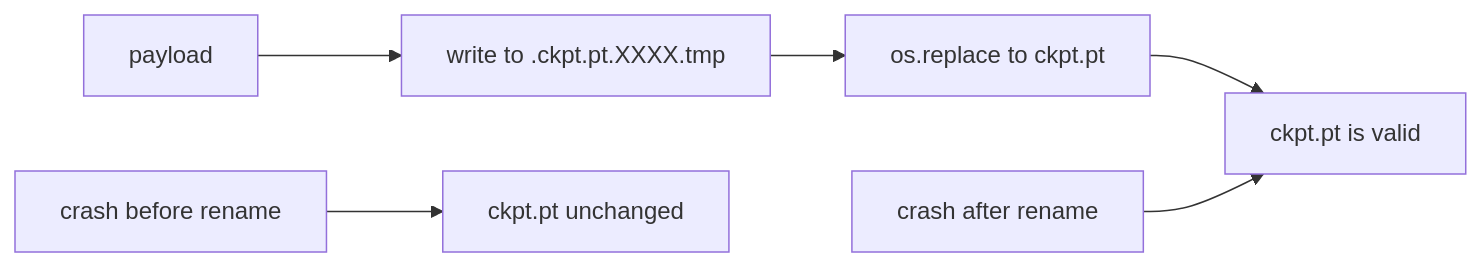
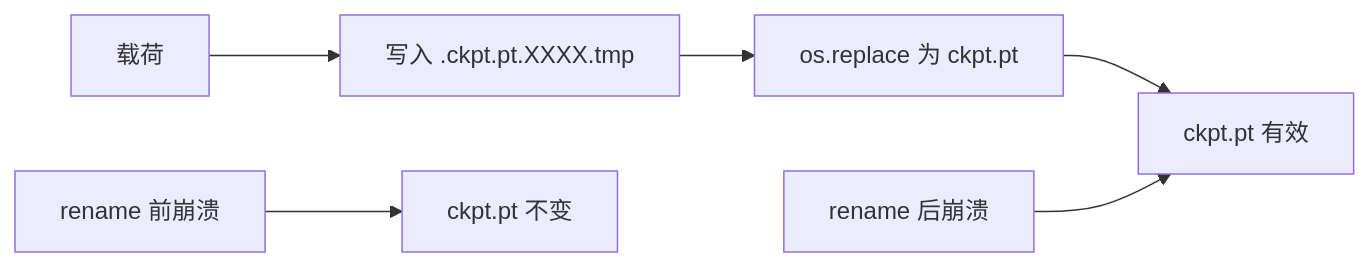
The second of 3 diagrams in phases/19-capstone-projects/47-checkpoint-save-resume/docs/zh.md (JerryC8080/ai-engineering-from-scratch-zh), drawn with Mermaid before and after one commit. The commit also changed other lines of this file and 156 other files, not shown here.

First line of the commit message:
i18n(zh): translate mermaid diagram labels in 157 lesson zh.md

````diff
--- a/phases/19-capstone-projects/47-checkpoint-save-resume/docs/zh.md
+++ b/phases/19-capstone-projects/47-checkpoint-save-resume/docs/zh.md
@@ -52,8 +52,8 @@
 ```mermaid
 flowchart LR
-  payload[payload] --> tmpf[write to .ckpt.pt.XXXX.tmp]
-  tmpf --> rename[os.replace to ckpt.pt]
-  rename --> done[ckpt.pt is valid]
-  crash1[crash before rename] --> orig[ckpt.pt unchanged]
-  crash2[crash after rename] --> done
+  payload[载荷] --> tmpf[写入 .ckpt.pt.XXXX.tmp]
+  tmpf --> rename[os.replace 为 ckpt.pt]
+  rename --> done[ckpt.pt 有效]
+  crash1[rename 前崩溃] --> orig[ckpt.pt 不变]
+  crash2[rename 后崩溃] --> done
 ```
````
